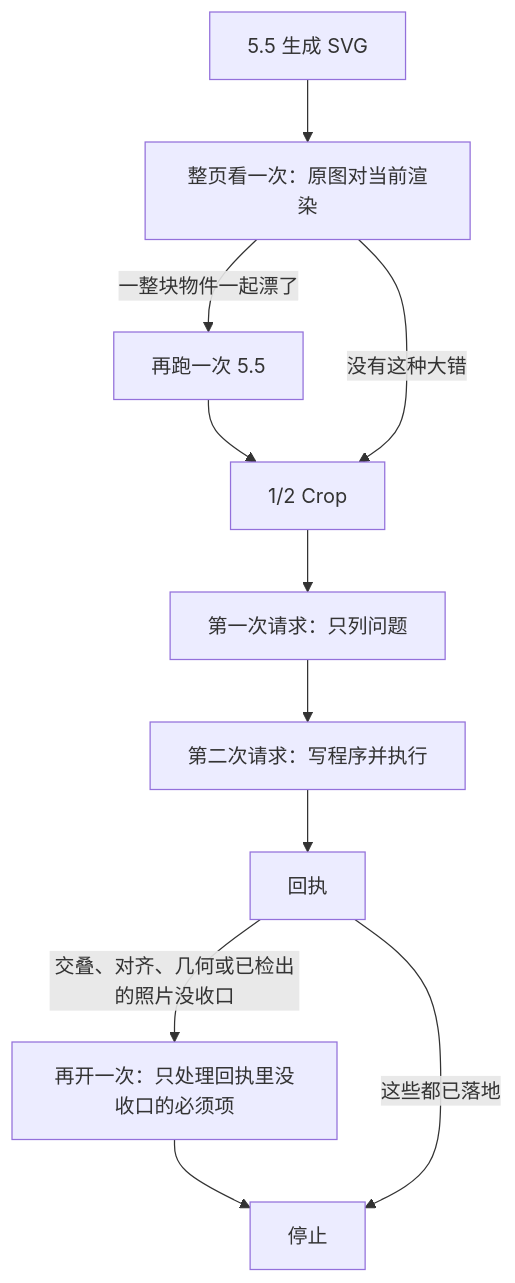
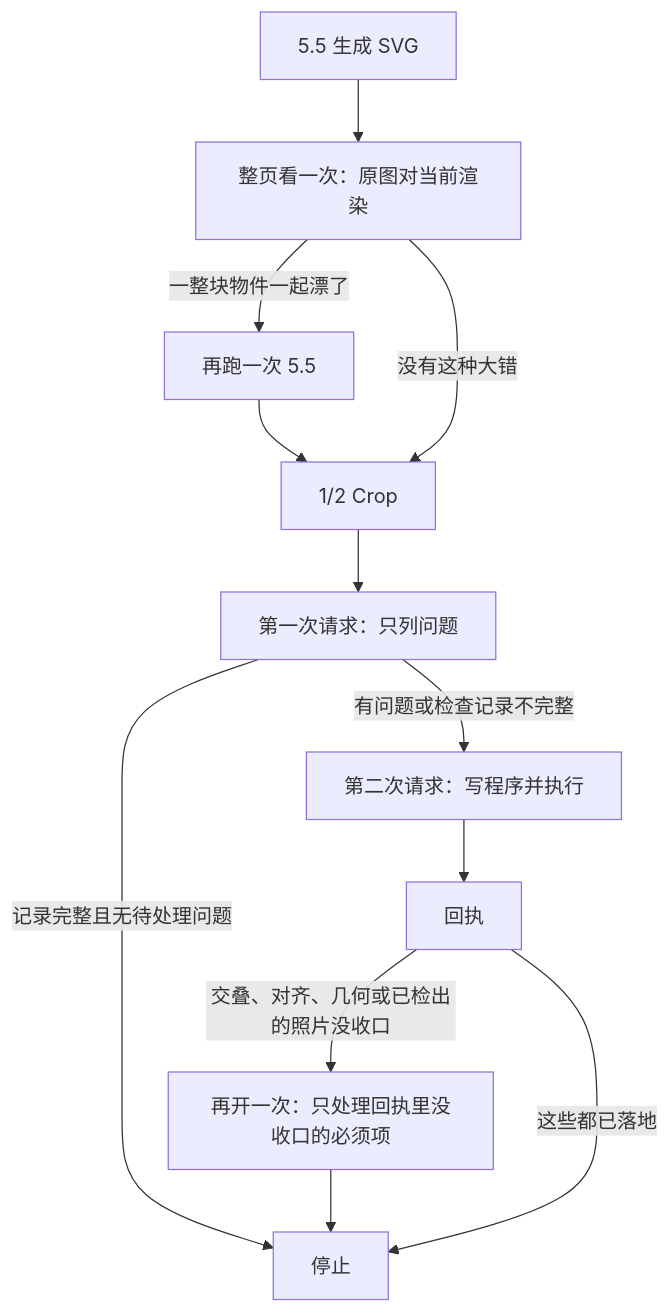
One commit to LawrenceRiver/FigFox changed the diagram in README.md. Above: the diagram before and after it, drawn with Mermaid. The commit also changed other lines of this file and 34 other files, not shown here.

````diff
--- a/README.md
+++ b/README.md
@@ -24,18 +30,20 @@
 ```mermaid
 flowchart TD
   svg[5.5 生成 SVG]
   look[整页看一次：原图对当前渲染]
   rerun[再跑一次 5.5]
   crop[1/2 Crop]
   find[第一次请求：只列问题]
   fix[第二次请求：写程序并执行]
   receipt[回执]
   extra[再开一次：只处理回执里没收口的必须项]
   stop[停止]
   svg --> look
   look -->|一整块物件一起漂了| rerun --> crop
   look -->|没有这种大错| crop
-  crop --> find --> fix --> receipt
+  crop --> find
+  find -->|记录完整且无待处理问题| stop
+  find -->|有问题或检查记录不完整| fix --> receipt
   receipt -->|交叠、对齐、几何或已检出的照片没收口| extra --> stop
   receipt -->|这些都已落地| stop
 ```
````
